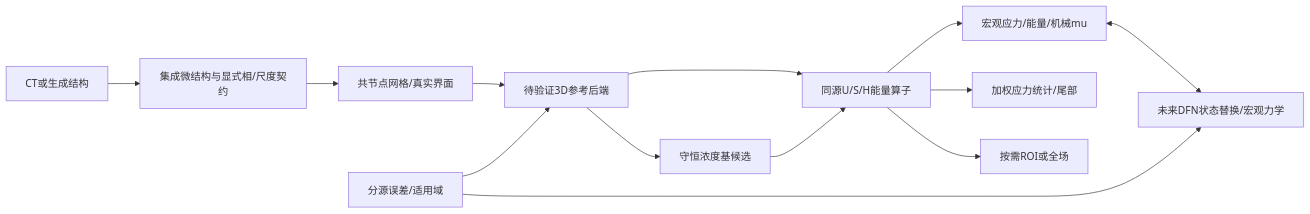
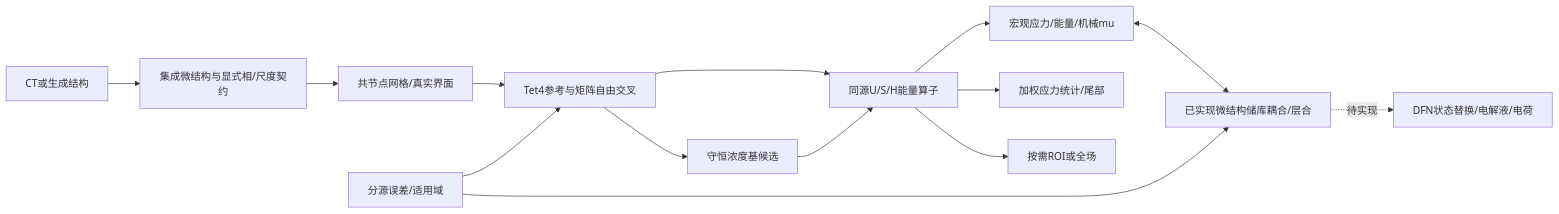
Before and after one commit to Zephyrainzjl/MORQEX: the diagram in docs/INTERFACES.md, drawn with Mermaid. The commit also changed other lines of this file and 42 other files, not shown here.

````diff
--- a/docs/INTERFACES.md
+++ b/docs/INTERFACES.md
@@ -24,15 +32,16 @@
 ```mermaid
 flowchart LR
   CT[CT或生成结构] --> G[集成微结构与显式相/尺度契约]
   G --> M[共节点网格/真实界面]
-  M --> R[待验证3D参考后端]
+  M --> R[Tet4参考与矩阵自由交叉]
   R --> C[守恒浓度基候选]
   R --> H[同源U/S/H能量算子]
   C --> H
   H --> A[宏观应力/能量/机械mu]
   H --> B[加权应力统计/尾部]
   H --> L[按需ROI或全场]
-  A <--> D[未来DFN状态替换/宏观力学]
+  A <--> D[已实现微结构储库耦合/层合]
+  D -.待实现.-> DFN[DFN状态替换/电解液/电荷]
   E[分源误差/适用域] --> D
   E --> R
 ```
````
